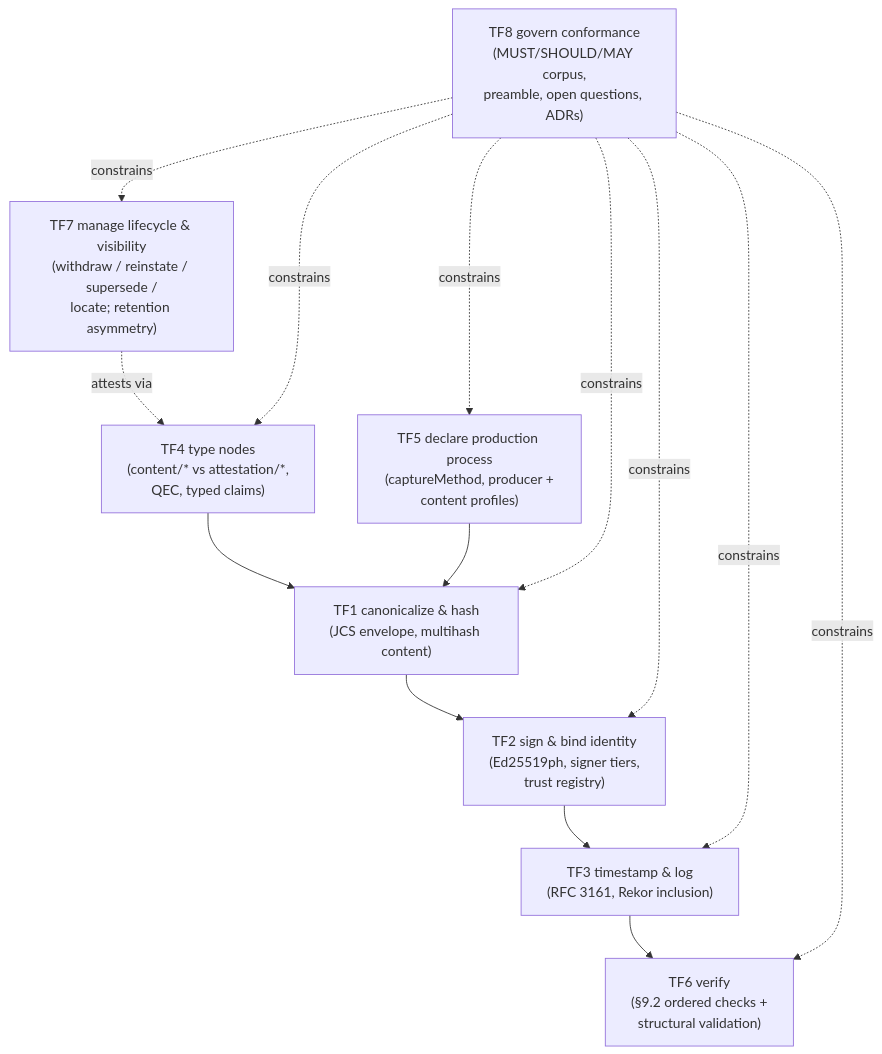
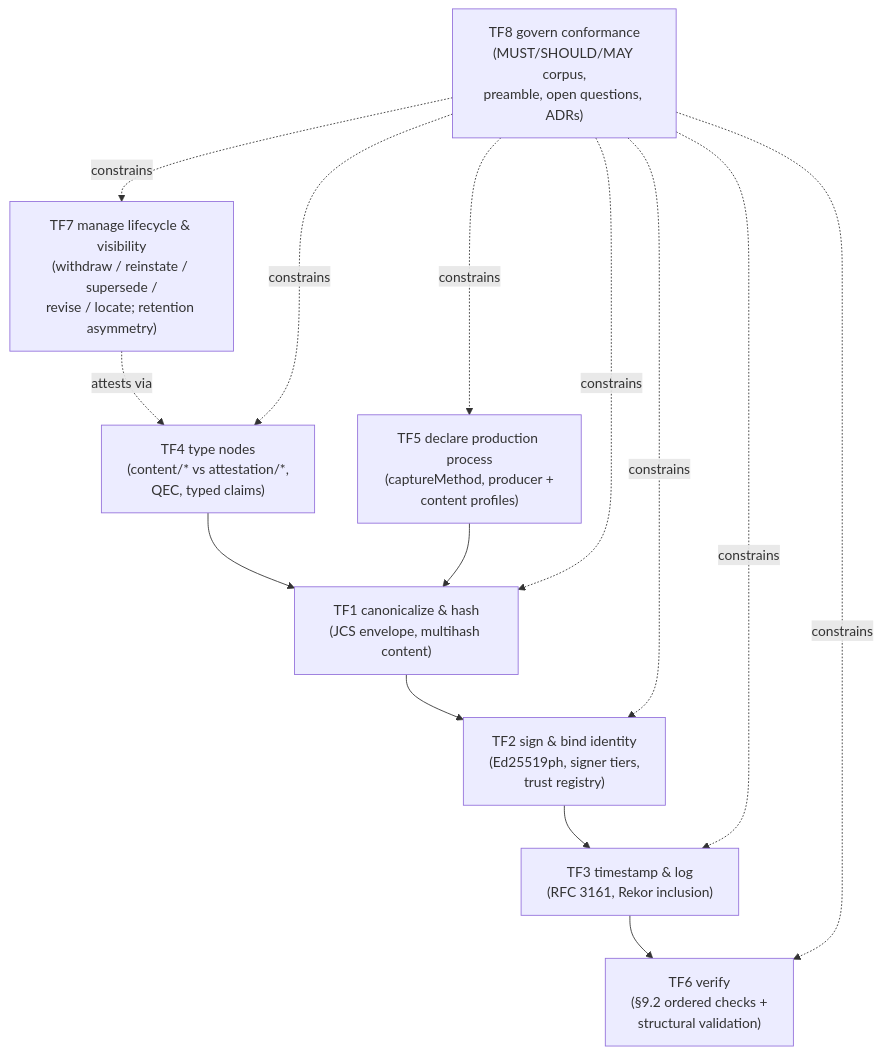
One commit to npstorey/civic-ai-tools changed the third of 6 diagrams in research/05-typed-standards-spec-architecture-views.md. Above: the diagram before and after it, drawn with Mermaid. The commit also changed other lines of this file and 11 other files, not shown here.

````diff
--- a/research/05-typed-standards-spec-architecture-views.md
+++ b/research/05-typed-standards-spec-architecture-views.md
@@ -90,17 +97,17 @@
 ```mermaid
 flowchart TB
     TF1["TF1 canonicalize & hash<br/>(JCS envelope, multihash content)"]
     TF2["TF2 sign & bind identity<br/>(Ed25519ph, signer tiers,<br/>trust registry)"]
     TF3["TF3 timestamp & log<br/>(RFC 3161, Rekor inclusion)"]
     TF4["TF4 type nodes<br/>(content/* vs attestation/*,<br/>QEC, typed claims)"]
     TF5["TF5 declare production process<br/>(captureMethod, producer +<br/>content profiles)"]
     TF6["TF6 verify<br/>(§9.2 ordered checks +<br/>structural validation)"]
-    TF7["TF7 manage lifecycle & visibility<br/>(withdraw / reinstate / supersede /<br/>locate; retention asymmetry)"]
+    TF7["TF7 manage lifecycle & visibility<br/>(withdraw / reinstate / supersede /<br/>revise / locate; retention asymmetry)"]
     TF8["TF8 govern conformance<br/>(MUST/SHOULD/MAY corpus,<br/>preamble, open questions, ADRs)"]
 
     TF1 --> TF2 --> TF3
     TF4 & TF5 --> TF1
     TF3 --> TF6
     TF7 -.attests via.-> TF4
     TF8 -.constrains.-> TF1 & TF2 & TF3 & TF4 & TF5 & TF6 & TF7
 ```
````
